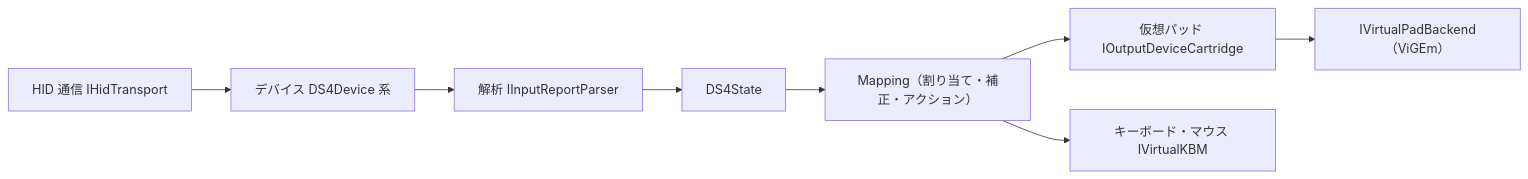
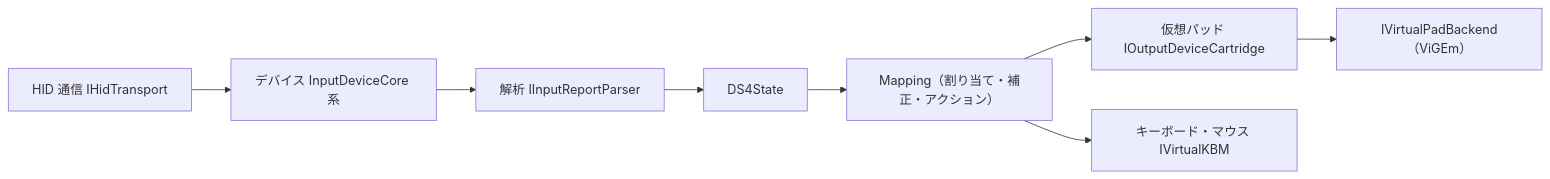
One commit to gwin7ok/DS4Windows changed the second of 2 diagrams in docs-forDIMG/Model-Diagram/01-Structure.md. Above: the diagram before and after it, drawn with Mermaid. The commit also changed other lines of this file and 121 other files, not shown here.

Commit message:
refactor(Phase18-5): 基底クラス名を DS4Device から InputDeviceCore へ変更（参照・文書・テストを置換。ログ文言は維持）

````diff
--- a/docs-forDIMG/Model-Diagram/01-Structure.md
+++ b/docs-forDIMG/Model-Diagram/01-Structure.md
@@ -66,10 +66,10 @@
 ```mermaid
 flowchart LR
-    HID["HID 通信 IHidTransport"] --> Dev["デバイス DS4Device 系"]
+    HID["HID 通信 IHidTransport"] --> Dev["デバイス InputDeviceCore 系"]
     Dev --> Par["解析 IInputReportParser"]
     Par --> State["DS4State"]
     State --> Map["Mapping（割り当て・補正・アクション）"]
     Map --> Out["仮想パッド IOutputDeviceCartridge"]
     Map --> Kbm["キーボード・マウス IVirtualKBM"]
     Out --> Be["IVirtualPadBackend（ViGEm）"]
 ```
````
